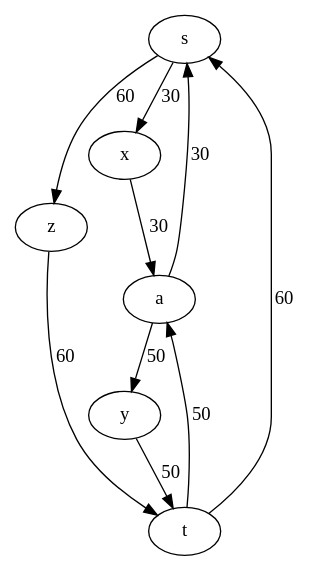
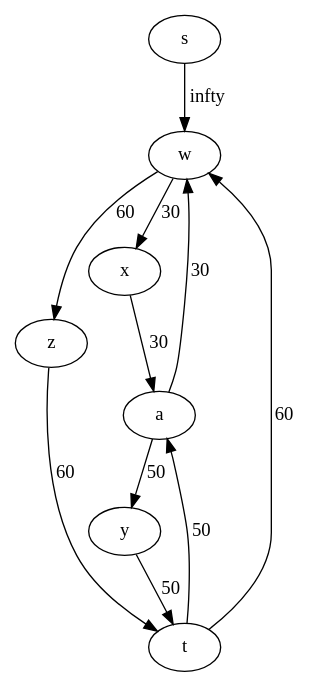
One commit to ulrikrasmussen/AAD changed the diagram in assignment1/graph1.dot. Above: the diagram before and after it, drawn with Graphviz. The commit also changed 1 other file, not shown here.

```diff
--- a/assignment1/graph1.dot
+++ b/assignment1/graph1.dot
@@ -1,6 +1,6 @@
 digraph g {
-    s -> x -> a -> s [label="30"];
+    s -> w [label="infty"];
+    w -> x -> a -> w [label="30"];
     a -> y -> t -> a [label="50"];
-    s -> z -> t -> s [label="60"];
-    
+    w -> z -> t -> w [label="60"];
 }
```
